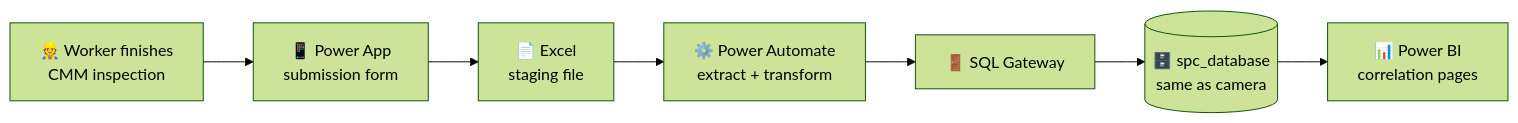
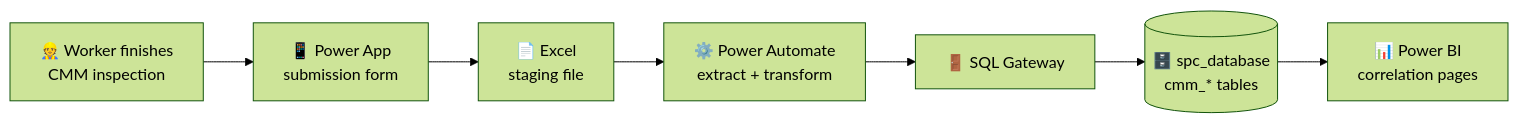
One commit to KSangmuang/SPC-Dashboard changed the eighth of 12 diagrams in README.md. Above: the diagram before and after it, drawn with Mermaid (forest theme). The commit also changed other lines of this file, not shown here.

First line of the commit message:
Revise SQL table structure and add CMM features

````diff
--- a/README.md
+++ b/README.md
@@ -746,17 +921,17 @@
 ```mermaid
 flowchart LR
     WORKER[👷 Worker finishes<br/>CMM inspection]
     APP[📱 Power App<br/>submission form]
     EXCEL[📄 Excel<br/>staging file]
     AUTO[⚙️ Power Automate<br/>extract + transform]
     GATEWAY[🚪 SQL Gateway]
-    DB[(🗄️ spc_database<br/>same as camera)]
+    DB[(🗄️ spc_database<br/>cmm_* tables)]
     BI[📊 Power BI<br/>correlation pages]
 
     WORKER --> APP
     APP --> EXCEL
     EXCEL --> AUTO
     AUTO --> GATEWAY
     GATEWAY --> DB
     DB --> BI
 ```
````
